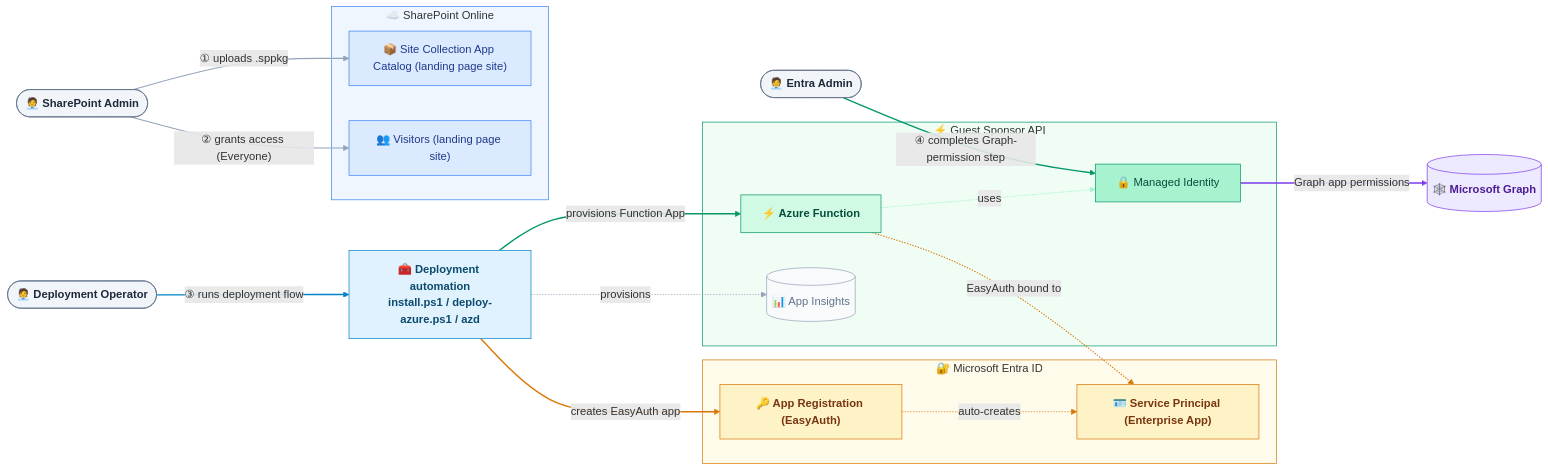
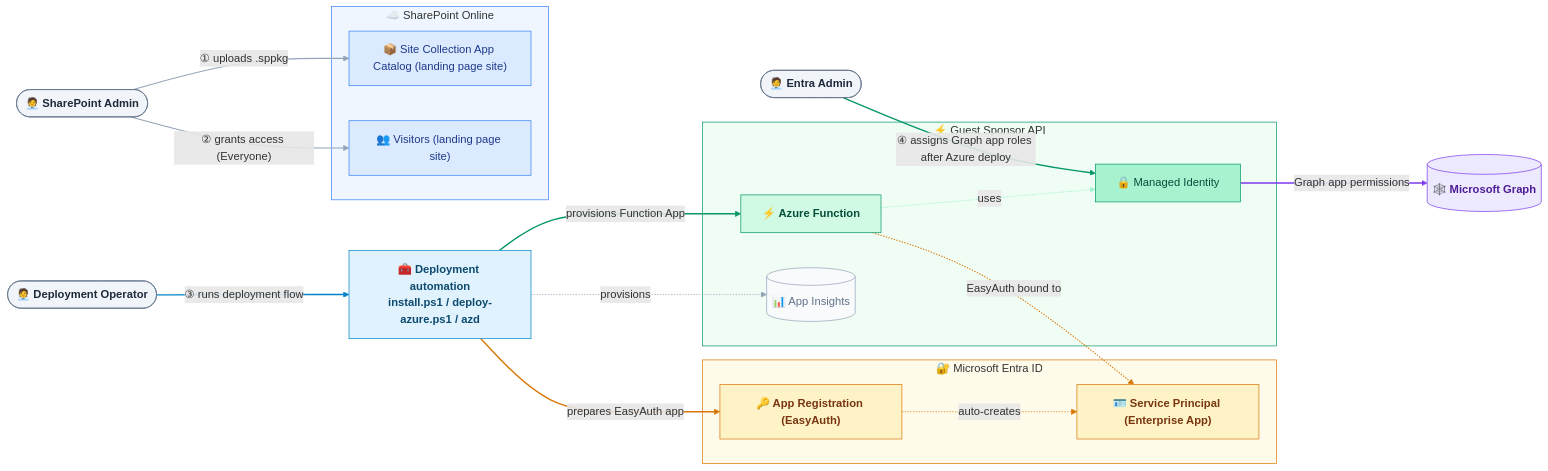
Before and after one commit to jpawlowski/spfx-guest-sponsor-info: the first of 2 diagrams in docs/architecture-diagram.md, drawn with Mermaid. The commit also changed other lines of this file and 18 other files, not shown here.

First line of the commit message:
feat(infra): refactor Azure Function deployment with separate Entra auth and graph permissions

````diff
--- a/docs/architecture-diagram.md
+++ b/docs/architecture-diagram.md
@@ -21,75 +24,75 @@
 ```mermaid
 flowchart LR
     classDef admin    fill:#f1f5f9,stroke:#64748b,color:#1e293b,font-weight:bold
     classDef delivery fill:#dbeafe,stroke:#3b82f6,color:#1e3a8a
     classDef token    fill:#fef3c7,stroke:#d97706,color:#78350f,font-weight:bold
     classDef gate     fill:#fde68a,stroke:#b45309,color:#78350f,font-weight:bold
     classDef func     fill:#d1fae5,stroke:#059669,color:#064e3b,font-weight:bold
     classDef infra    fill:#a7f3d0,stroke:#059669,color:#064e3b
     classDef logs     fill:#f8fafc,stroke:#94a3b8,color:#64748b
     classDef msgraph  fill:#ede9fe,stroke:#7c3aed,color:#4c1d95,font-weight:bold
     classDef tool     fill:#e0f2fe,stroke:#0284c7,color:#0c4a6e,font-weight:bold
 
     SpAdmin(["🧑‍💼 SharePoint Admin"]):::admin
     DeployOp(["🧑‍💼 Deployment Operator"]):::admin
     EntraAdmin(["🧑‍💼 Entra Admin"]):::admin
     Deploy["🧰 Deployment automation<br/>install.ps1 / deploy-azure.ps1 / azd"]:::tool
 
     subgraph spo["☁️ SharePoint Online"]
         SCAC["📦 Site Collection App Catalog (landing page site)"]:::delivery
         Visitors["👥 Visitors (landing page site)"]:::delivery
     end
 
     subgraph entra["🔐 Microsoft Entra ID"]
         AppReg["🔑 App Registration (EasyAuth)"]:::token
         SP["🪪 Service Principal (Enterprise App)"]:::token
     end
 
     subgraph azure["⚡ Guest Sponsor API"]
         Func["⚡ Azure Function"]:::func
         MI["🔒 Managed Identity"]:::infra
         AI[("📊 App Insights")]:::logs
     end
 
     Graph[("🕸️ Microsoft Graph")]:::msgraph
 
     SpAdmin -- "① uploads .sppkg"              --> SCAC
     SpAdmin -- "② grants access (Everyone)"    --> Visitors
 
     DeployOp -- "③ runs deployment flow"       --> Deploy
-    Deploy  -- "creates EasyAuth app"          --> AppReg
+    Deploy  -- "prepares EasyAuth app"         --> AppReg
     AppReg  -. "auto-creates"                .-> SP
     Deploy  -- "provisions Function App"       --> Func
     Func    -. "EasyAuth bound to"            .-> SP
-    EntraAdmin -- "④ completes Graph-permission step" --> MI
+    EntraAdmin -- "④ assigns Graph app roles after Azure deploy" --> MI
     Func    -. "uses"                        .-> MI
     MI      -- "Graph app permissions"        --> Graph
     Deploy  -. "provisions"                  .-> AI
 
     style spo   fill:#eff6ff,stroke:#3b82f6
     style entra fill:#fffbeb,stroke:#d97706
     style azure fill:#f0fdf4,stroke:#059669
 
     %% 0     SharePoint delivery (step ①)
     linkStyle 0     stroke:#94a3b8,stroke-width:1.5px
     %% 1     guest Visitor access (step ②)
     linkStyle 1     stroke:#94a3b8,stroke-width:1.5px
     %% 2     deployment flow started (step ③)
     linkStyle 2     stroke:#0284c7,stroke-width:2px
     %% 3     App Registration created by automation
     linkStyle 3     stroke:#d97706,stroke-width:2px
     %% 4     AppReg auto-creates SP
     linkStyle 4     stroke:#d97706,stroke-width:1px
     %% 5     Function App provisioned by automation
     linkStyle 5     stroke:#059669,stroke-width:2px
     %% 6     EasyAuth bound to SP
     linkStyle 6     stroke:#d97706,stroke-width:1.5px
     %% 7     permission grant step (④)
     linkStyle 7     stroke:#059669,stroke-width:2px
     %% 8     Func uses MI
     linkStyle 8     stroke:#a7f3d0,stroke-width:1.5px
     %% 9     MI→Graph permission
     linkStyle 9     stroke:#7c3aed,stroke-width:2px
     %% 10    App Insights provisioned
     linkStyle 10    stroke:#94a3b8,stroke-width:1px
 ```
````
